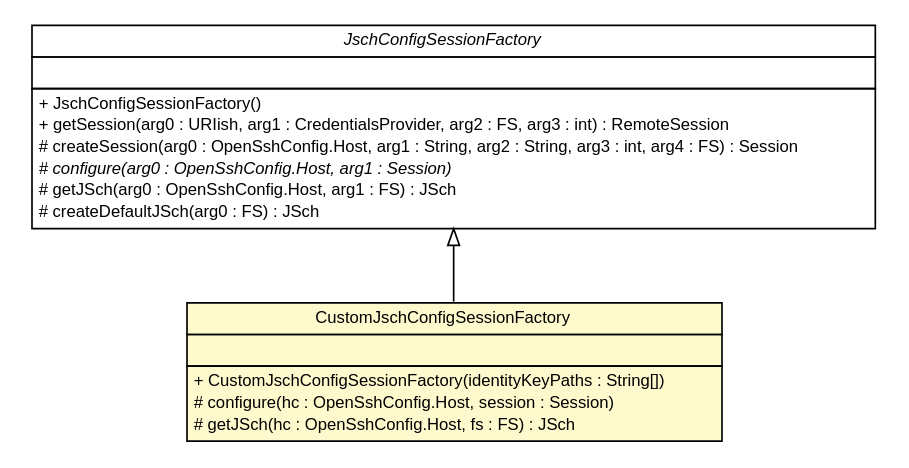
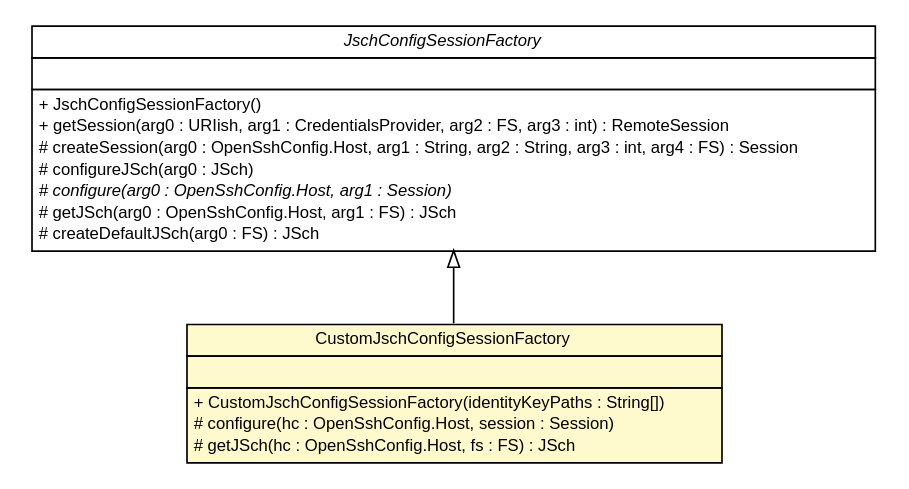
The diagram in snapshot/build-docker/maven-build-java8/spring-cloud-config/spring-cloud-config-server/apidocs/cn/home1/cloud/config/server/ssh/CustomJschConfigSessionFactory.dot (sfeng9d/spring-cloud-config), drawn with Graphviz before and after one commit. The commit also changed 215 other files, not shown here.

Commit message:
Creating site for spring-cloud-config-server-2.0.1-springboot2-SNAPSHOT

```diff
--- a/snapshot/build-docker/maven-build-java8/spring-cloud-config/spring-cloud-config-server/apidocs/cn/home1/cloud/config/server/ssh/CustomJschConfigSessionFactory.dot
+++ b/snapshot/build-docker/maven-build-java8/spring-cloud-config/spring-cloud-config-server/apidocs/cn/home1/cloud/config/server/ssh/CustomJschConfigSessionFactory.dot
@@ -1,45 +1,46 @@
 #!/usr/local/bin/dot
 #
 # Class diagram 
 # Generated by UMLGraph version R5_6-24-gf6e263 (http://www.umlgraph.org/)
 #
 
 digraph G {
 	edge [fontname="Helvetica",fontsize=10,labelfontname="Helvetica",labelfontsize=10];
 	node [fontname="Helvetica",fontsize=10,shape=plaintext];
 	nodesep=0.25;
 	ranksep=0.5;
 	// cn.home1.cloud.config.server.ssh.CustomJschConfigSessionFactory
-	c210 [label=<<table title="cn.home1.cloud.config.server.ssh.CustomJschConfigSessionFactory" border="0" cellborder="1" cellspacing="0" cellpadding="2" port="p" bgcolor="lemonChiffon" href="./CustomJschConfigSessionFactory.html">
+	c225 [label=<<table title="cn.home1.cloud.config.server.ssh.CustomJschConfigSessionFactory" border="0" cellborder="1" cellspacing="0" cellpadding="2" port="p" bgcolor="lemonChiffon" href="./CustomJschConfigSessionFactory.html">
 		<tr><td><table border="0" cellspacing="0" cellpadding="1">
 <tr><td align="center" balign="center"> CustomJschConfigSessionFactory </td></tr>
 		</table></td></tr>
 		<tr><td><table border="0" cellspacing="0" cellpadding="1">
 <tr><td align="left" balign="left">  </td></tr>
 		</table></td></tr>
 		<tr><td><table border="0" cellspacing="0" cellpadding="1">
 <tr><td align="left" balign="left"> + CustomJschConfigSessionFactory(identityKeyPaths : String[]) </td></tr>
 <tr><td align="left" balign="left"> # configure(hc : OpenSshConfig.Host, session : Session) </td></tr>
 <tr><td align="left" balign="left"> # getJSch(hc : OpenSshConfig.Host, fs : FS) : JSch </td></tr>
 		</table></td></tr>
 		</table>>, URL="./CustomJschConfigSessionFactory.html", fontname="Helvetica", fontcolor="black", fontsize=10.0];
 	//cn.home1.cloud.config.server.ssh.CustomJschConfigSessionFactory extends org.eclipse.jgit.transport.JschConfigSessionFactory
-	c213:p -> c210:p [dir=back,arrowtail=empty];
+	c228:p -> c225:p [dir=back,arrowtail=empty];
 	// org.eclipse.jgit.transport.JschConfigSessionFactory
-	c213 [label=<<table title="org.eclipse.jgit.transport.JschConfigSessionFactory" border="0" cellborder="1" cellspacing="0" cellpadding="2" port="p" href="http://java.sun.com/j2se/1.4.2/docs/api/org/eclipse/jgit/transport/JschConfigSessionFactory.html">
+	c228 [label=<<table title="org.eclipse.jgit.transport.JschConfigSessionFactory" border="0" cellborder="1" cellspacing="0" cellpadding="2" port="p" href="http://java.sun.com/j2se/1.4.2/docs/api/org/eclipse/jgit/transport/JschConfigSessionFactory.html">
 		<tr><td><table border="0" cellspacing="0" cellpadding="1">
 <tr><td align="center" balign="center"><font face="Helvetica-Oblique"> JschConfigSessionFactory </font></td></tr>
 		</table></td></tr>
 		<tr><td><table border="0" cellspacing="0" cellpadding="1">
 <tr><td align="left" balign="left">  </td></tr>
 		</table></td></tr>
 		<tr><td><table border="0" cellspacing="0" cellpadding="1">
 <tr><td align="left" balign="left"> + JschConfigSessionFactory() </td></tr>
 <tr><td align="left" balign="left"> + getSession(arg0 : URIish, arg1 : CredentialsProvider, arg2 : FS, arg3 : int) : RemoteSession </td></tr>
 <tr><td align="left" balign="left"> # createSession(arg0 : OpenSshConfig.Host, arg1 : String, arg2 : String, arg3 : int, arg4 : FS) : Session </td></tr>
+<tr><td align="left" balign="left"> # configureJSch(arg0 : JSch) </td></tr>
 <tr><td align="left" balign="left"><font face="Helvetica-Oblique" point-size="10.0"> # configure(arg0 : OpenSshConfig.Host, arg1 : Session) </font></td></tr>
 <tr><td align="left" balign="left"> # getJSch(arg0 : OpenSshConfig.Host, arg1 : FS) : JSch </td></tr>
 <tr><td align="left" balign="left"> # createDefaultJSch(arg0 : FS) : JSch </td></tr>
 		</table></td></tr>
 		</table>>, URL="http://java.sun.com/j2se/1.4.2/docs/api/org/eclipse/jgit/transport/JschConfigSessionFactory.html", fontname="Helvetica", fontcolor="black", fontsize=10.0];
 }
```
